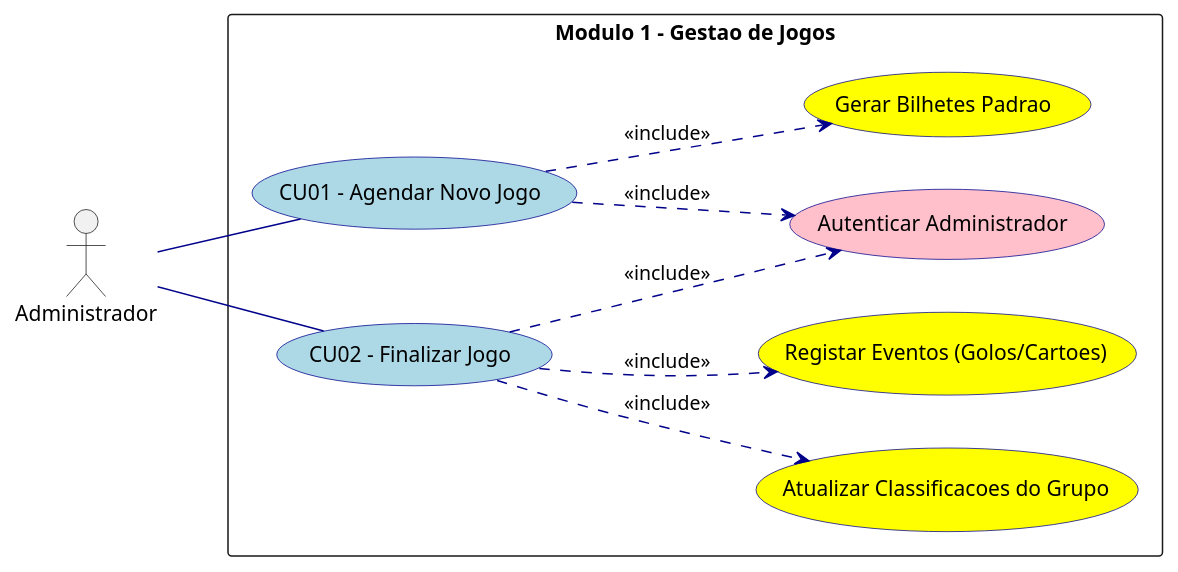
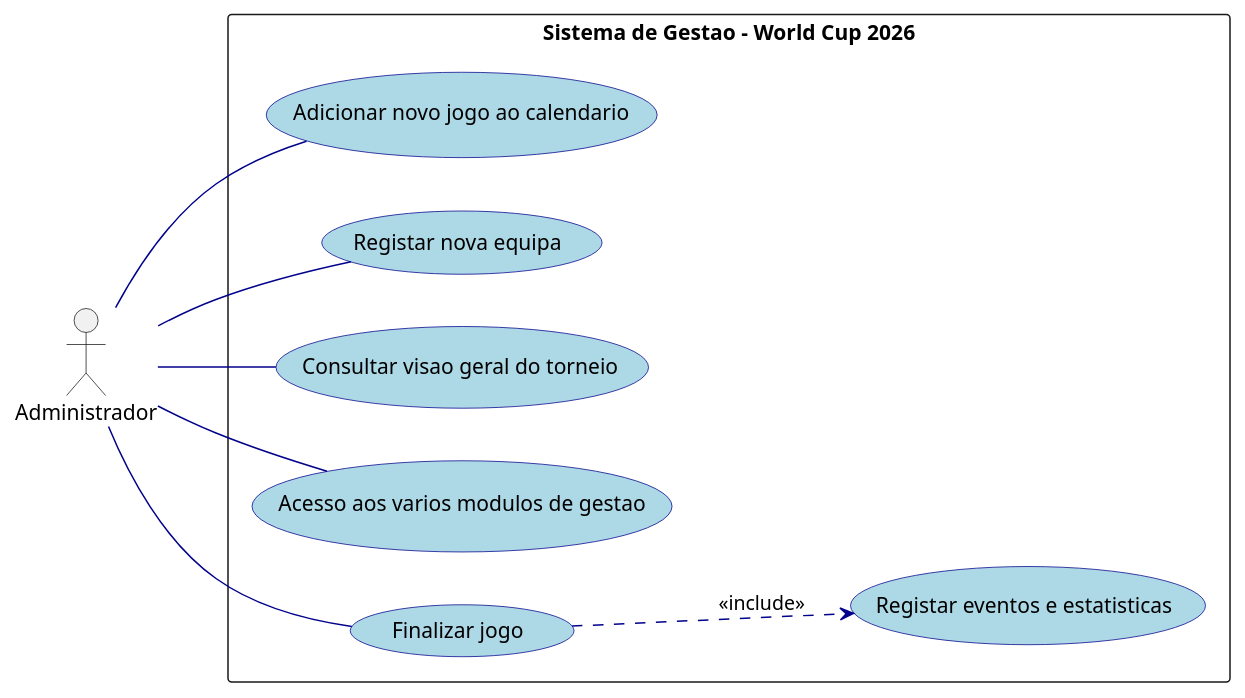
One commit to experimentos373-creator/ES changed the fourth of 10 diagrams in DIAGRAMA_CASOS_USO.md. Above: the diagram before and after it, drawn with PlantUML. The commit also changed other lines of this file and 1 other file, not shown here.

Commit message:
docs(iconix): atualizar diagramas de casos de uso para fidelidade 100% com imagens oficiais

````diff
--- a/DIAGRAMA_CASOS_USO.md
+++ b/DIAGRAMA_CASOS_USO.md
@@ -41,31 +95,29 @@
 ```plantuml
 @startuml
 left to right direction
 skinparam packageStyle rectangle
 skinparam usecase {
   BackgroundColor LightBlue
   BorderColor DarkBlue
   ArrowColor DarkBlue
 }
 
 actor "Administrador" as Admin
 
-rectangle "Modulo 1 - Gestao de Jogos" {
-  usecase "Autenticar Administrador" as Login #Pink
-  usecase "CU01 - Agendar Novo Jogo" as CU01
-  usecase "Gerar Bilhetes Padrao" as CU01_sub #Yellow
-  usecase "CU02 - Finalizar Jogo" as CU02
-  usecase "Registar Eventos (Golos/Cartoes)" as CU02_sub1 #Yellow
-  usecase "Atualizar Classificacoes do Grupo" as CU02_sub2 #Yellow
+rectangle "Sistema de Gestao - World Cup 2026" {
+  usecase "Adicionar novo jogo ao calendario" as CU1
+  usecase "Registar nova equipa" as CU2
+  usecase "Consultar visao geral do torneio" as CU3
+  usecase "Acesso aos varios modulos de gestao" as CU4
+  usecase "Finalizar jogo" as CU5
+  usecase "Registar eventos e estatisticas" as CU5_sub
 }
 
-Admin -- CU01
-Admin -- CU02
-
-CU01 ..> Login : <<include>>
-CU02 ..> Login : <<include>>
-CU01 ..> CU01_sub : <<include>>
-CU02 ..> CU02_sub1 : <<include>>
-CU02 ..> CU02_sub2 : <<include>>
+Admin -- CU1
+Admin -- CU2
+Admin -- CU3
+Admin -- CU4
+Admin -- CU5
+CU5 ..> CU5_sub : <<include>>
 @enduml
 ```
````
